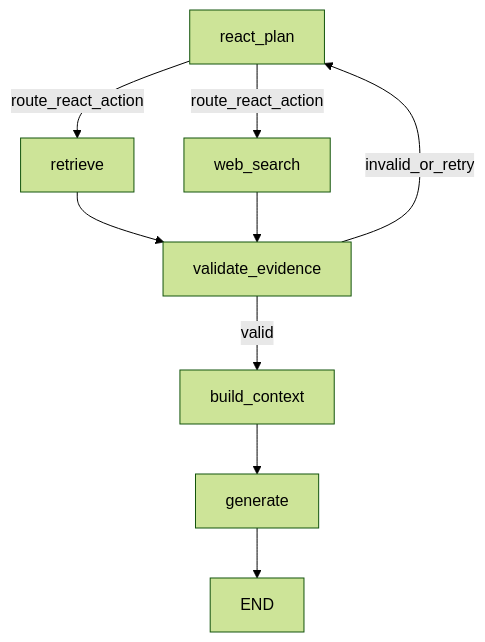
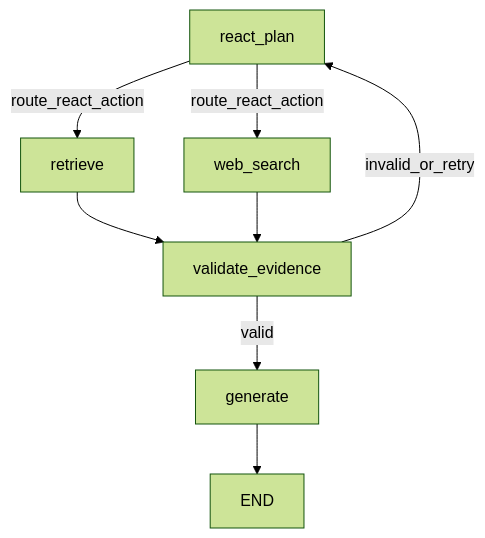
Before and after one commit to lwq246/DeepResearch-Agent: the diagram in README.md, drawn with Mermaid (forest theme). The commit also changed other lines of this file and 16 other files, not shown here.

````diff
--- a/README.md
+++ b/README.md
@@ -37,15 +38,14 @@
 ```mermaid
 flowchart TD
     A[react_plan] -->|route_react_action| B[retrieve]
     A -->|route_react_action| C[web_search]
 
     B --> D[validate_evidence]
     C --> D
 
-    D -->|valid| E[build_context]
+    D -->|valid| E[generate]
     D -->|invalid_or_retry| A
 
-    E --> F[generate]
-    F --> G[END]
+    E --> F[END]
 
 ```
````
